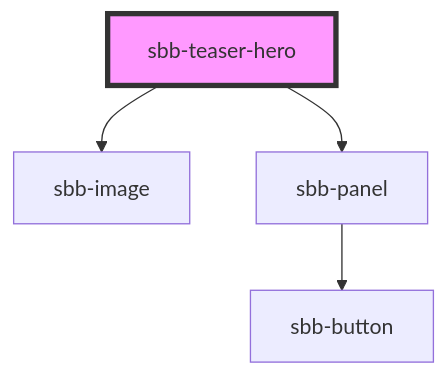
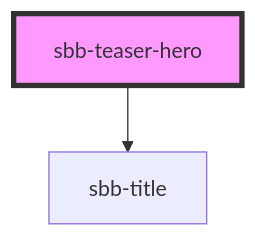
One commit to sbb-design-systems/lyne-components changed the diagram in src/components/sbb-teaser-hero/readme.md. Above: the diagram before and after it, drawn with Mermaid. The commit also changed other lines of this file and 14 other files, not shown here.

Commit message:
feat: refactor sbb-teaser-hero

````diff
--- a/src/components/sbb-teaser-hero/readme.md
+++ b/src/components/sbb-teaser-hero/readme.md
@@ -27,7 +32,5 @@
 ```mermaid
 graph TD;
-  sbb-teaser-hero --> sbb-image
-  sbb-teaser-hero --> sbb-panel
-  sbb-panel --> sbb-button
+  sbb-teaser-hero --> sbb-title
   style sbb-teaser-hero fill:#f9f,stroke:#333,stroke-width:4px
 ```
````
